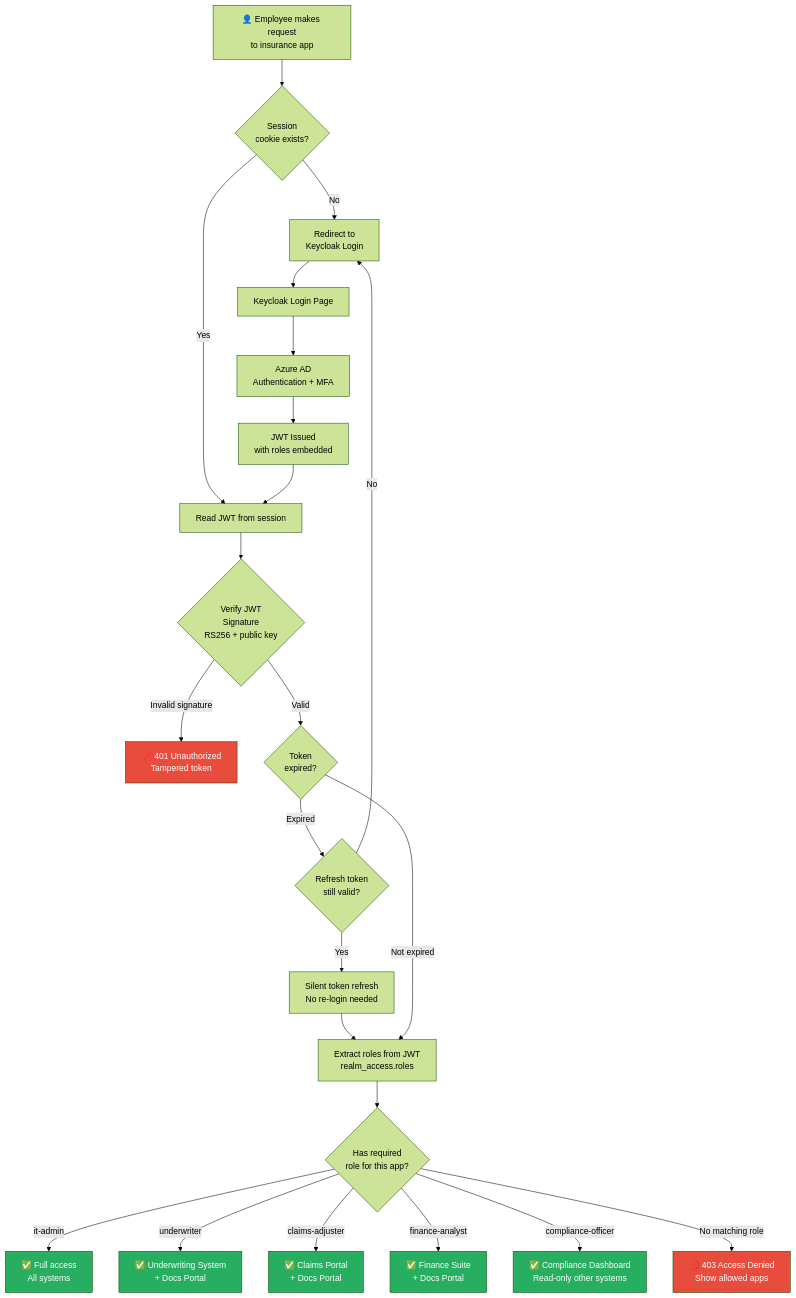
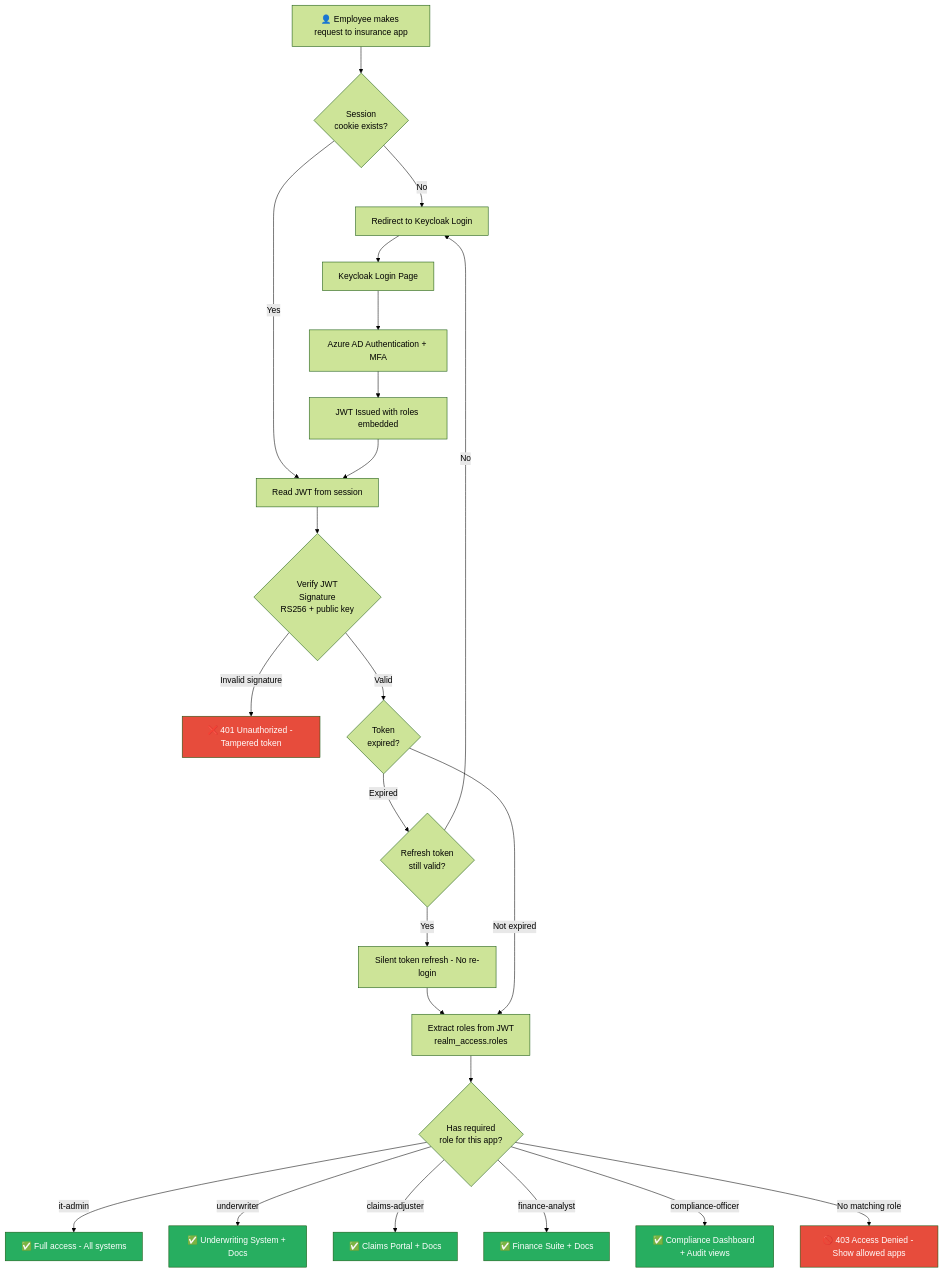
The seventh of 21 diagrams in docs/INSURANCE-SSO-DESIGN.md (Mannokuruba/sso-keyclock), drawn with Mermaid (forest theme) before and after one commit. The commit also changed other lines of this file, not shown here.

Commit message:
fix: resolve Mermaid parse errors in insurance SSO diagrams

````diff
--- a/docs/INSURANCE-SSO-DESIGN.md
+++ b/docs/INSURANCE-SSO-DESIGN.md
@@ -325,39 +310,39 @@
 ```mermaid
 flowchart TD
-    REQ[👤 Employee makes request\nto insurance app] --> SESSION{Session\ncookie exists?}
+    REQ["👤 Employee makes request to insurance app"] --> SESSION{"Session<br/>cookie exists?"}
 
-    SESSION -->|No| LOGIN[Redirect to\nKeycloak Login]
-    SESSION -->|Yes| JWT[Read JWT from session]
+    SESSION -->|No| LOGIN["Redirect to Keycloak Login"]
+    SESSION -->|Yes| JWT["Read JWT from session"]
 
-    LOGIN --> KC[Keycloak Login Page]
-    KC --> AAD[Azure AD\nAuthentication + MFA]
-    AAD --> ISSUED[JWT Issued\nwith roles embedded]
+    LOGIN --> KC["Keycloak Login Page"]
+    KC --> AAD["Azure AD Authentication + MFA"]
+    AAD --> ISSUED["JWT Issued with roles embedded"]
     ISSUED --> JWT
 
-    JWT --> VERIFY{Verify JWT\nSignature\nRS256 + public key}
-    VERIFY -->|Invalid signature| DENY1[❌ 401 Unauthorized\nTampered token]
-    VERIFY -->|Valid| EXPIRY{Token\nexpired?}
+    JWT --> VERIFY{"Verify JWT<br/>Signature<br/>RS256 + public key"}
+    VERIFY -->|Invalid signature| DENY1["❌ 401 Unauthorized - Tampered token"]
+    VERIFY -->|Valid| EXPIRY{"Token<br/>expired?"}
 
-    EXPIRY -->|Expired| REFRESH{Refresh token\nstill valid?}
-    REFRESH -->|Yes| NEWTOKEN[Silent token refresh\nNo re-login needed]
+    EXPIRY -->|Expired| REFRESH{"Refresh token<br/>still valid?"}
+    REFRESH -->|Yes| NEWTOKEN["Silent token refresh - No re-login"]
     REFRESH -->|No| LOGIN
     NEWTOKEN --> ROLES
     EXPIRY -->|Not expired| ROLES
 
-    ROLES[Extract roles from JWT\nrealm_access.roles] --> CHECK{Has required\nrole for this app?}
+    ROLES["Extract roles from JWT<br/>realm_access.roles"] --> CHECK{"Has required<br/>role for this app?"}
 
-    CHECK -->|it-admin| FULL[✅ Full access\nAll systems]
-    CHECK -->|underwriter| UW_OK[✅ Underwriting System\n+ Docs Portal]
-    CHECK -->|claims-adjuster| CL_OK[✅ Claims Portal\n+ Docs Portal]
-    CHECK -->|finance-analyst| FIN_OK[✅ Finance Suite\n+ Docs Portal]
-    CHECK -->|compliance-officer| CO_OK[✅ Compliance Dashboard\nRead-only other systems]
-    CHECK -->|No matching role| DENIED[🚫 403 Access Denied\nShow allowed apps]
+    CHECK -->|it-admin| FULL["✅ Full access - All systems"]
+    CHECK -->|underwriter| UW_OK["✅ Underwriting System + Docs"]
+    CHECK -->|claims-adjuster| CL_OK["✅ Claims Portal + Docs"]
+    CHECK -->|finance-analyst| FIN_OK["✅ Finance Suite + Docs"]
+    CHECK -->|compliance-officer| CO_OK["✅ Compliance Dashboard + Audit views"]
+    CHECK -->|No matching role| DENIED["🚫 403 Access Denied - Show allowed apps"]
 
     style DENY1 fill:#e74c3c,color:#fff
     style DENIED fill:#e74c3c,color:#fff
     style FULL fill:#27ae60,color:#fff
     style UW_OK fill:#27ae60,color:#fff
     style CL_OK fill:#27ae60,color:#fff
     style FIN_OK fill:#27ae60,color:#fff
     style CO_OK fill:#27ae60,color:#fff
 ```
````
